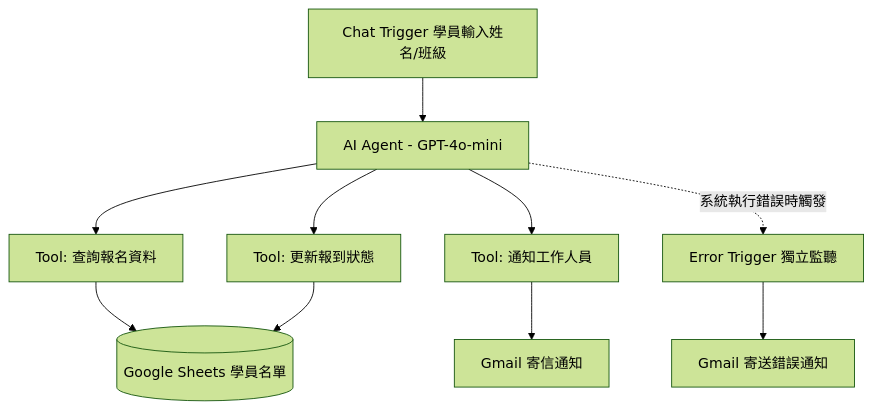
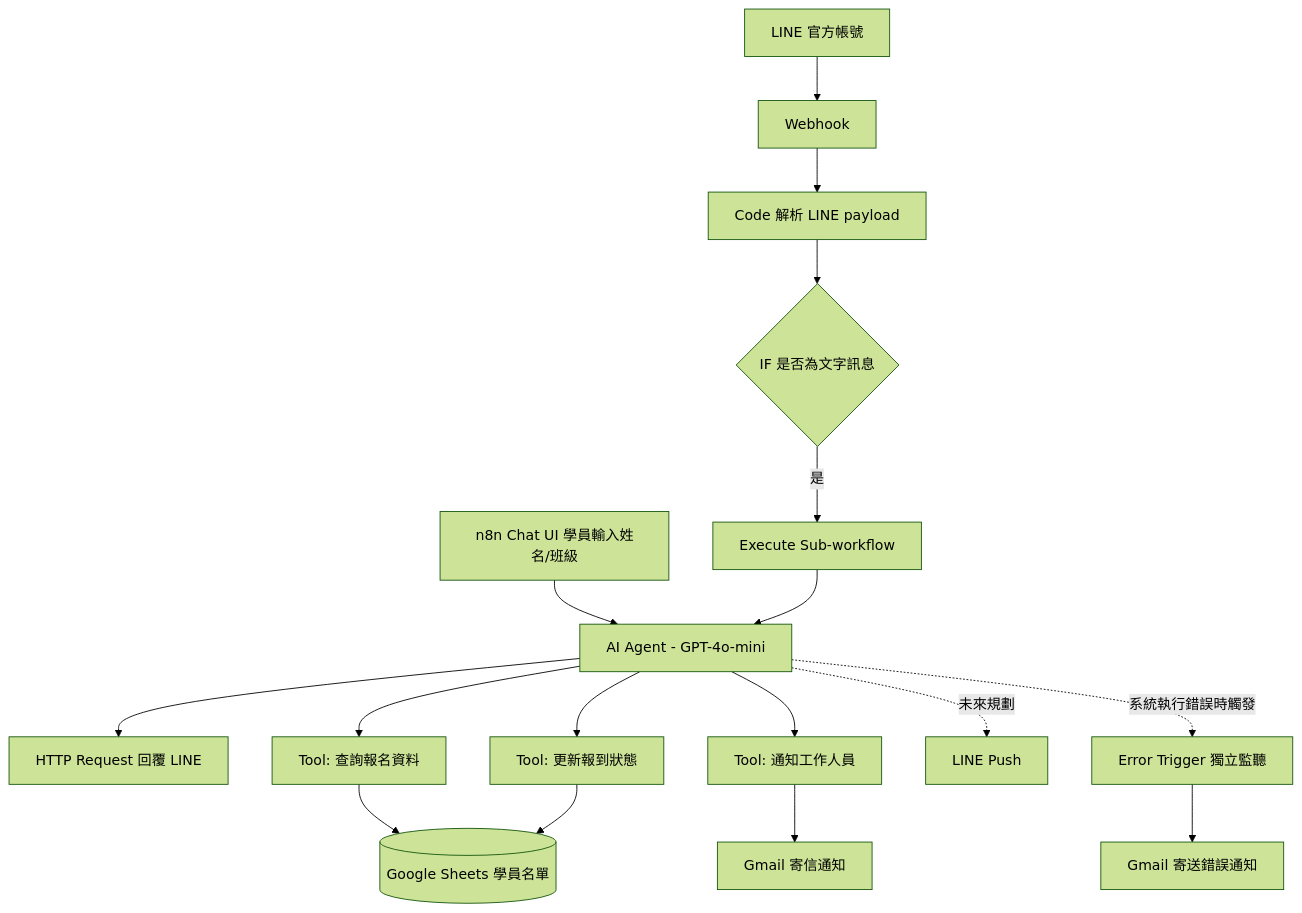
The diagram in docs/architecture.md (raphaeljou666/n8n-course-checkin-agent), drawn with Mermaid (forest theme) before and after one commit. The commit also changed other lines of this file and 6 other files, not shown here.

````diff
--- a/docs/architecture.md
+++ b/docs/architecture.md
@@ -5,17 +5,24 @@
 ```mermaid
 flowchart TD
-    A[Chat Trigger 學員輸入姓名/班級] --> B[AI Agent - GPT-4o-mini]
+    A[n8n Chat UI 學員輸入姓名/班級] --> P[AI Agent - GPT-4o-mini]
+    L[LINE 官方帳號] --> W[Webhook]
+    W --> Code[Code 解析 LINE payload]
+    Code --> IF{IF 是否為文字訊息}
+    IF -->|是| Sub[Execute Sub-workflow]
+    Sub --> P
+    P --> HTTP[HTTP Request 回覆 LINE]
 
-    B --> C[Tool: 查詢報名資料]
-    B --> D[Tool: 更新報到狀態]
-    B --> E[Tool: 通知工作人員]
+    P --> C[Tool: 查詢報名資料]
+    P --> D[Tool: 更新報到狀態]
+    P --> E[Tool: 通知工作人員]
 
     C --> F[(Google Sheets 學員名單)]
     D --> F
 
     E --> G[Gmail 寄信通知]
+    P -.未來規劃.-> Push[LINE Push]
 
     H[Error Trigger 獨立監聽] --> I[Gmail 寄送錯誤通知]
 
-    B -.系統執行錯誤時觸發.-> H
+    P -.系統執行錯誤時觸發.-> H
 ```
````
